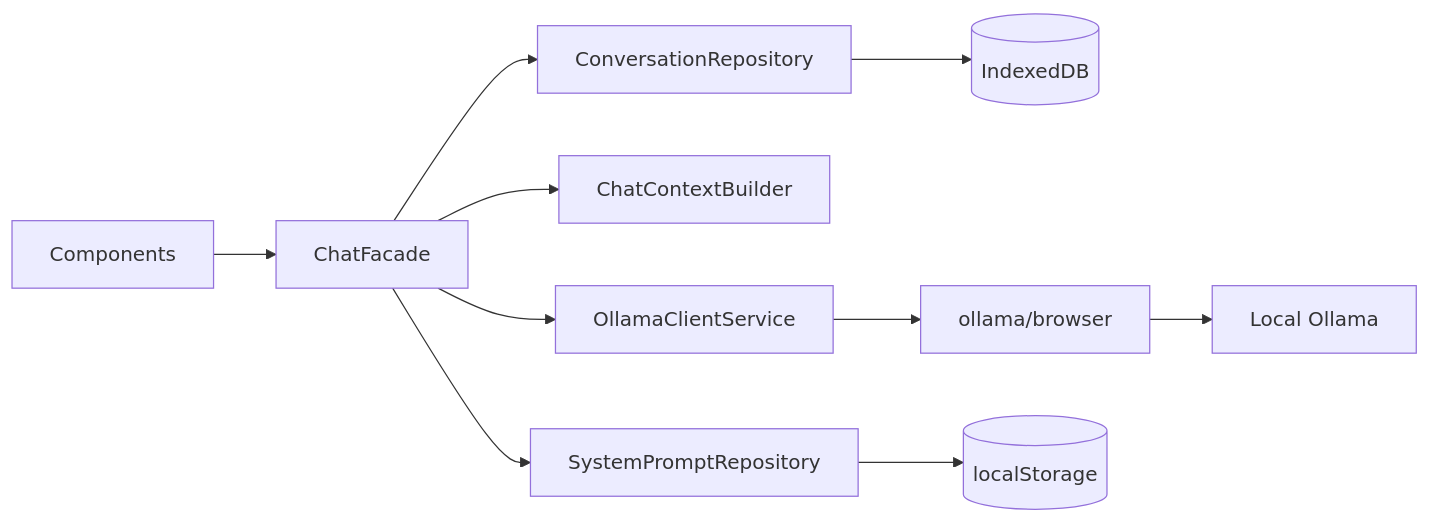
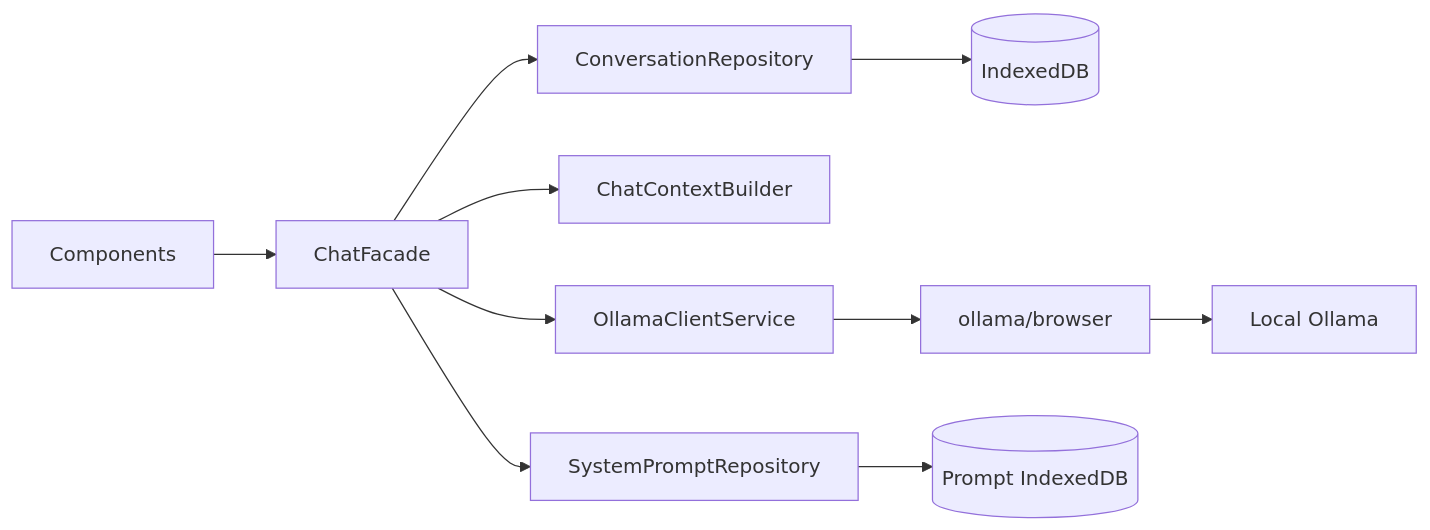
Before and after one commit to kereszteszsolt/local-nook-ai: the second of 2 diagrams in docs/architecture.md, drawn with Mermaid. The commit also changed other lines of this file and 14 other files, not shown here.

````diff
--- a/docs/architecture.md
+++ b/docs/architecture.md
@@ -58,12 +57,12 @@
 ```mermaid
 flowchart LR
     UI[Components] --> F[ChatFacade]
     F --> CR[ConversationRepository]
     CR --> DB[(IndexedDB)]
     F --> CB[ChatContextBuilder]
     F --> OC[OllamaClientService]
     OC --> SDK[ollama/browser]
     SDK --> O[Local Ollama]
     F --> PR[SystemPromptRepository]
-    PR --> LS[(localStorage)]
+    PR --> PDB[(Prompt IndexedDB)]
 ```
````
